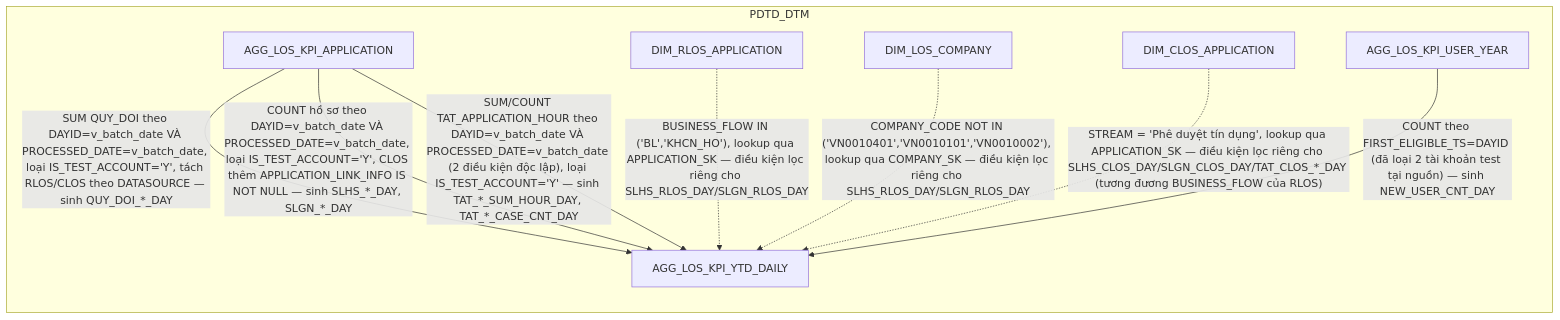
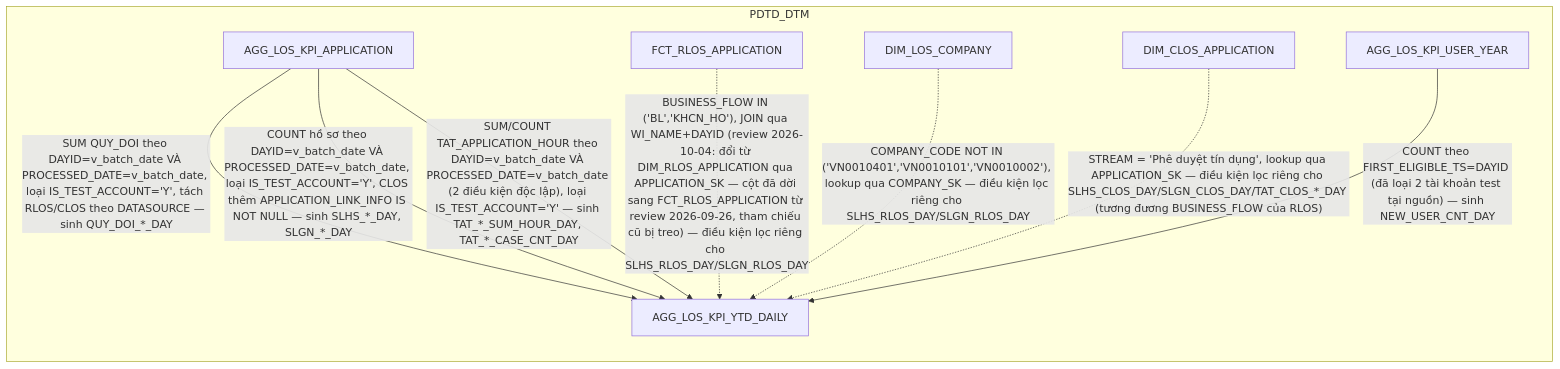
The first of 19 diagrams in hld/hld_review/HLD_FCT_PDTD_DTM_review.md (chien1198/sb-mapping-gen), drawn with Mermaid before and after one commit. The commit also changed other lines of this file and 36 other files, not shown here.

````diff
--- a/hld/hld_review/HLD_FCT_PDTD_DTM_review.md
+++ b/hld/hld_review/HLD_FCT_PDTD_DTM_review.md
@@ -14,18 +14,18 @@
 ```mermaid
 flowchart LR
     subgraph PDTD_DTM
         A["AGG_LOS_KPI_APPLICATION"]
-        D1["DIM_RLOS_APPLICATION"]
+        D1["FCT_RLOS_APPLICATION"]
         D3["DIM_CLOS_APPLICATION"]
         D2["DIM_LOS_COMPANY"]
         M["AGG_LOS_KPI_USER_YEAR"]
         F["AGG_LOS_KPI_YTD_DAILY"]
     end
     A -->|"SUM QUY_DOI theo DAYID=v_batch_date VÀ PROCESSED_DATE=v_batch_date, loại IS_TEST_ACCOUNT='Y', tách RLOS/CLOS theo DATASOURCE — sinh QUY_DOI_*_DAY"| F
     A -->|"COUNT hồ sơ theo DAYID=v_batch_date VÀ PROCESSED_DATE=v_batch_date, loại IS_TEST_ACCOUNT='Y', CLOS thêm APPLICATION_LINK_INFO IS NOT NULL — sinh SLHS_*_DAY, SLGN_*_DAY"| F
-    D1 -.->|"BUSINESS_FLOW IN ('BL','KHCN_HO'), lookup qua APPLICATION_SK — điều kiện lọc riêng cho SLHS_RLOS_DAY/SLGN_RLOS_DAY"| F
+    D1 -.->|"BUSINESS_FLOW IN ('BL','KHCN_HO'), JOIN qua WI_NAME+DAYID (review 2026-10-04: đổi từ DIM_RLOS_APPLICATION qua APPLICATION_SK — cột đã dời sang FCT_RLOS_APPLICATION từ review 2026-09-26, tham chiếu cũ bị treo) — điều kiện lọc riêng cho SLHS_RLOS_DAY/SLGN_RLOS_DAY"| F
     D2 -.->|"COMPANY_CODE NOT IN ('VN0010401','VN0010101','VN0010002'), lookup qua COMPANY_SK — điều kiện lọc riêng cho SLHS_RLOS_DAY/SLGN_RLOS_DAY"| F
     D3 -.->|"STREAM = 'Phê duyệt tín dụng', lookup qua APPLICATION_SK — điều kiện lọc riêng cho SLHS_CLOS_DAY/SLGN_CLOS_DAY/TAT_CLOS_*_DAY (tương đương BUSINESS_FLOW của RLOS)"| F
     A -->|"SUM/COUNT TAT_APPLICATION_HOUR theo DAYID=v_batch_date VÀ PROCESSED_DATE=v_batch_date (2 điều kiện độc lập), loại IS_TEST_ACCOUNT='Y' — sinh TAT_*_SUM_HOUR_DAY, TAT_*_CASE_CNT_DAY"| F
     M -->|"COUNT theo FIRST_ELIGIBLE_TS=DAYID (đã loại 2 tài khoản test tại nguồn) — sinh NEW_USER_CNT_DAY"| F
 ```
````
